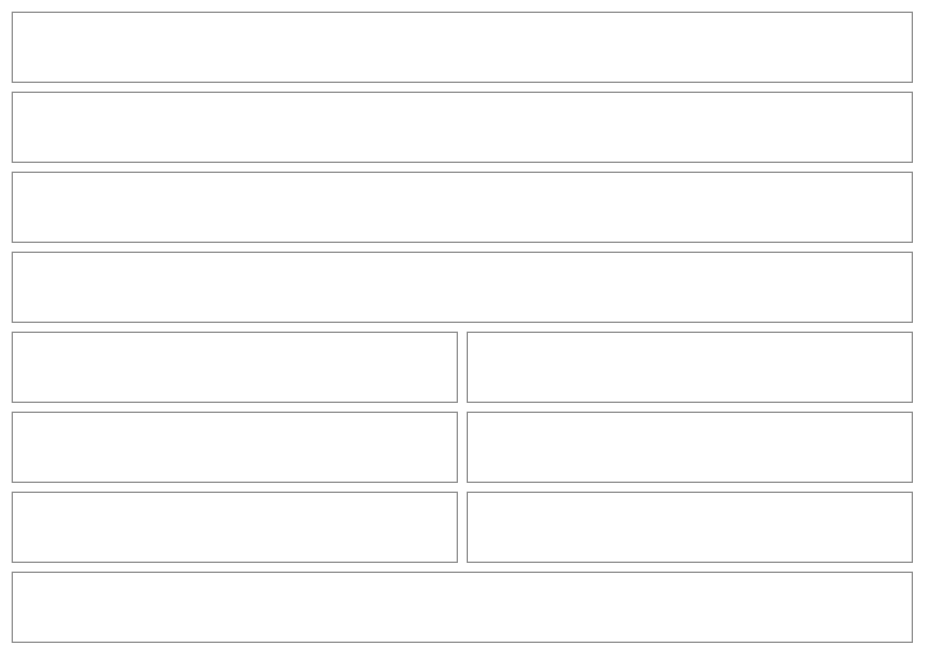
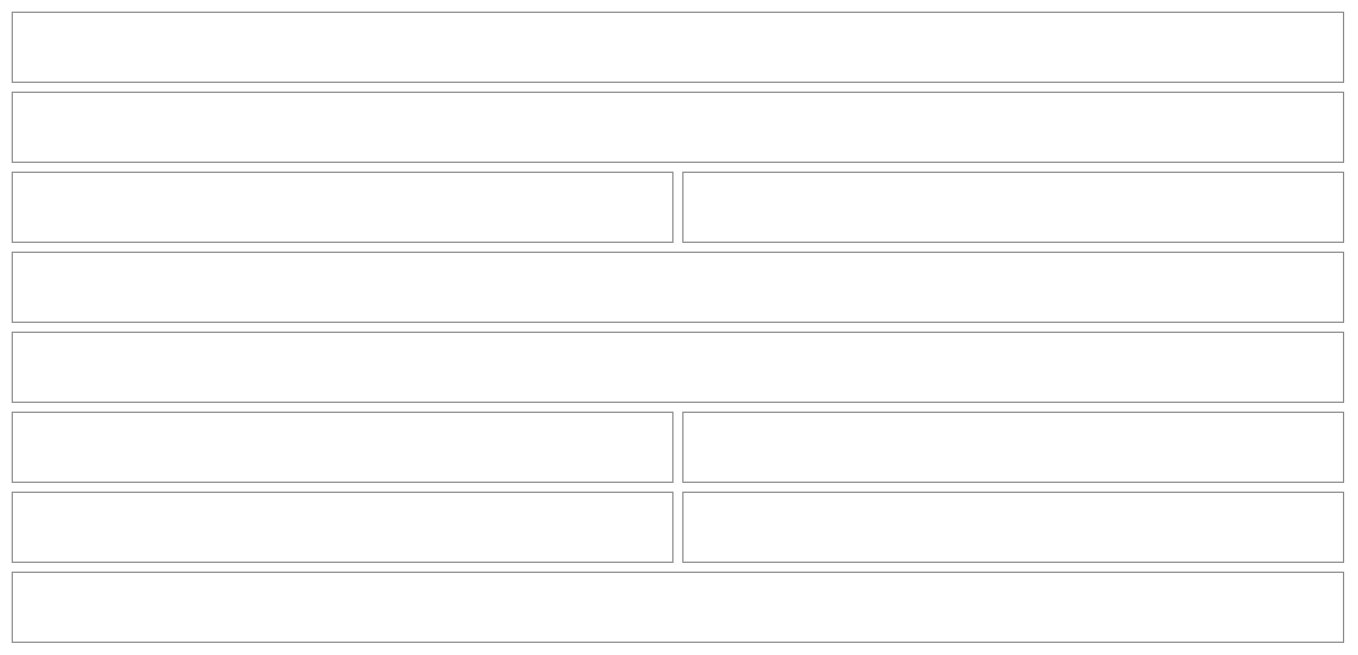
One commit to NovaMoonX/moondreams-dev-apps changed diagram 39 of 57 in src/apps/pinch/UX.md. Above: the diagram before and after it, drawn with Mermaid. The commit also changed other lines of this file and 10 other files, not shown here.

First line of the commit message:
Pinch round 7: the Calendar's averages count only fully priced meals

````diff
--- a/src/apps/pinch/UX.md
+++ b/src/apps/pinch/UX.md
@@ -1277,27 +1277,27 @@
 ```mermaid
 %%{init: {'theme': 'base', 'themeVariables': {'primaryColor': 'transparent', 'primaryBorderColor': '#888888', 'primaryTextColor': '#333333', 'lineColor': '#888888'}}}%%
 block-beta
   columns 2
   BK1["Oct 15 – 21"]:2
-  BK2["$5.05 so far ⚠<br/>Cost · 2 of 16 ingredients priced"]:2
+  BK2["$5.05 ⚠<br/>Total so far · 2 of 16 ingredients priced"]:2
+  BK8["Avg per fully priced meal (only while Show stats is off, from 3 such meals)"]:1
+  BK9["$0.93"]:1
   BK3["13 ingredients need a price · Add prices   Not now"]:2
   BK3b["Add to shopping list · 9 meals from today on"]:2
   BK4["Today · 3 meals"]:1
   BK5["$0.68+ ›"]:1
   BK6["Tomorrow · 2 meals"]:1
   BK7["$0.23+ ›"]:1
-  BK8["Avg per priced meal (only while Show stats is off)"]:1
-  BK9["$0.30"]:1
   BK10["Done"]:2
   style BK1 fill:transparent,stroke:#888888,stroke-width:1px;
   style BK2 fill:transparent,stroke:#888888,stroke-width:1px;
   style BK3 fill:transparent,stroke:#888888,stroke-width:1px;
   style BK3b fill:transparent,stroke:#888888,stroke-width:1px;
   style BK4 fill:transparent,stroke:#888888,stroke-width:1px;
   style BK5 fill:transparent,stroke:#888888,stroke-width:1px;
   style BK6 fill:transparent,stroke:#888888,stroke-width:1px;
   style BK7 fill:transparent,stroke:#888888,stroke-width:1px;
   style BK8 fill:transparent,stroke:#888888,stroke-width:1px;
   style BK9 fill:transparent,stroke:#888888,stroke-width:1px;
   style BK10 fill:transparent,stroke:#888888,stroke-width:1px;
 ```
````
